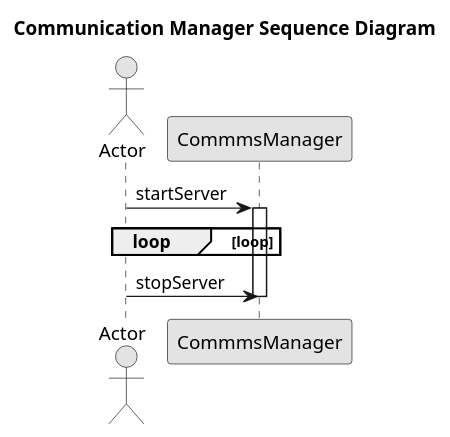
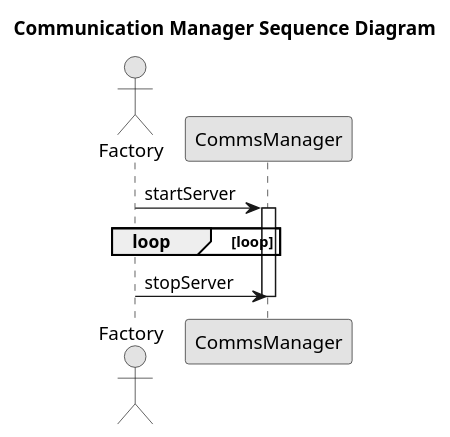
One commit to avrocha/plant-floor-control changed the diagram in docs/sequence_uml/comms_manager.puml. Above: the diagram before and after it, drawn with PlantUML. The commit also changed 2 other files, not shown here.

Commit message:
UML: Change actor names
References: #1 #2 #3

```diff
--- a/docs/sequence_uml/comms_manager.puml
+++ b/docs/sequence_uml/comms_manager.puml
@@ -1,21 +1,21 @@
 @startuml
 
 skinparam linetype ortho
 skinparam Monochrome true
 skinparam classAttributeIconSize 0
 
 title Communication Manager Sequence Diagram
-actor Actor
+actor Factory
 
 
-Actor-> CommmsManager: startServer
-activate CommmsManager
+Factory-> CommsManager: startServer
+activate CommsManager
 loop loop
 
 end
 
-Actor-> CommmsManager: stopServer
+Factory-> CommsManager: stopServer
 
-deactivate CommmsManager
+deactivate CommsManager
 
 @enduml
```
